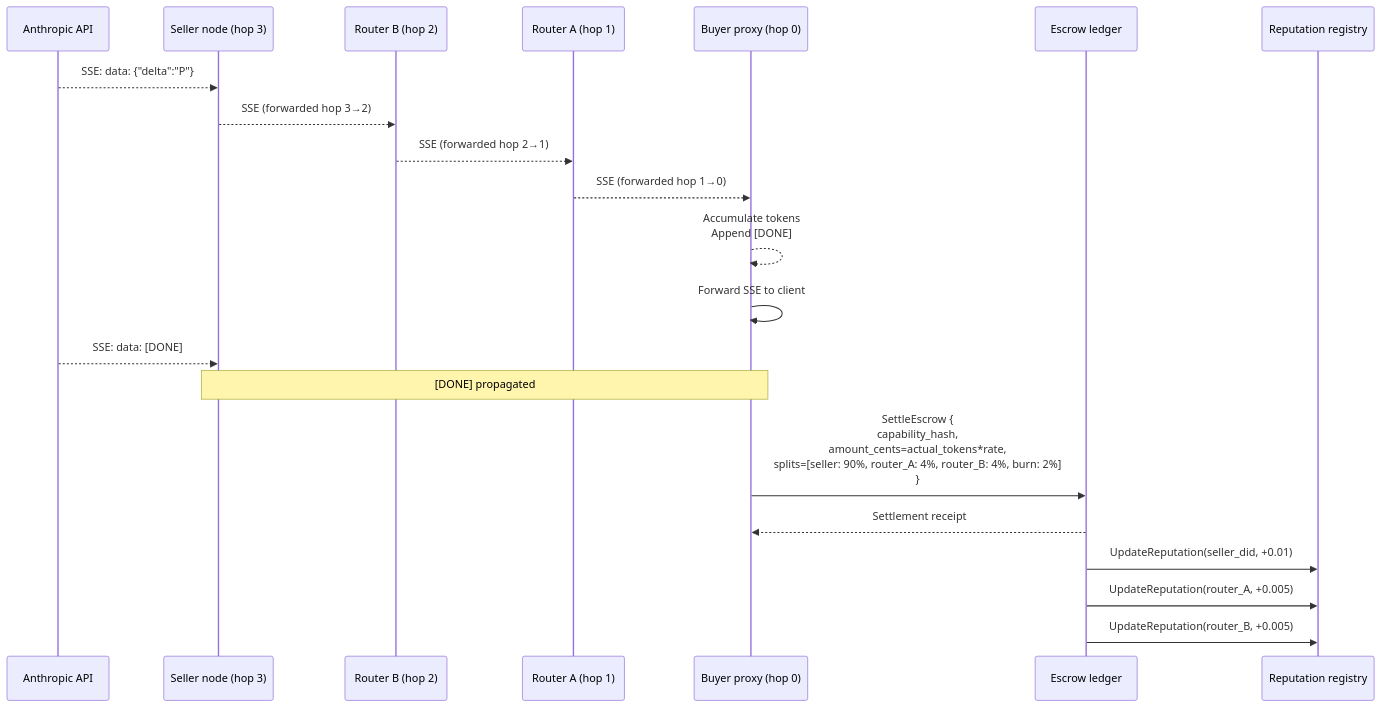
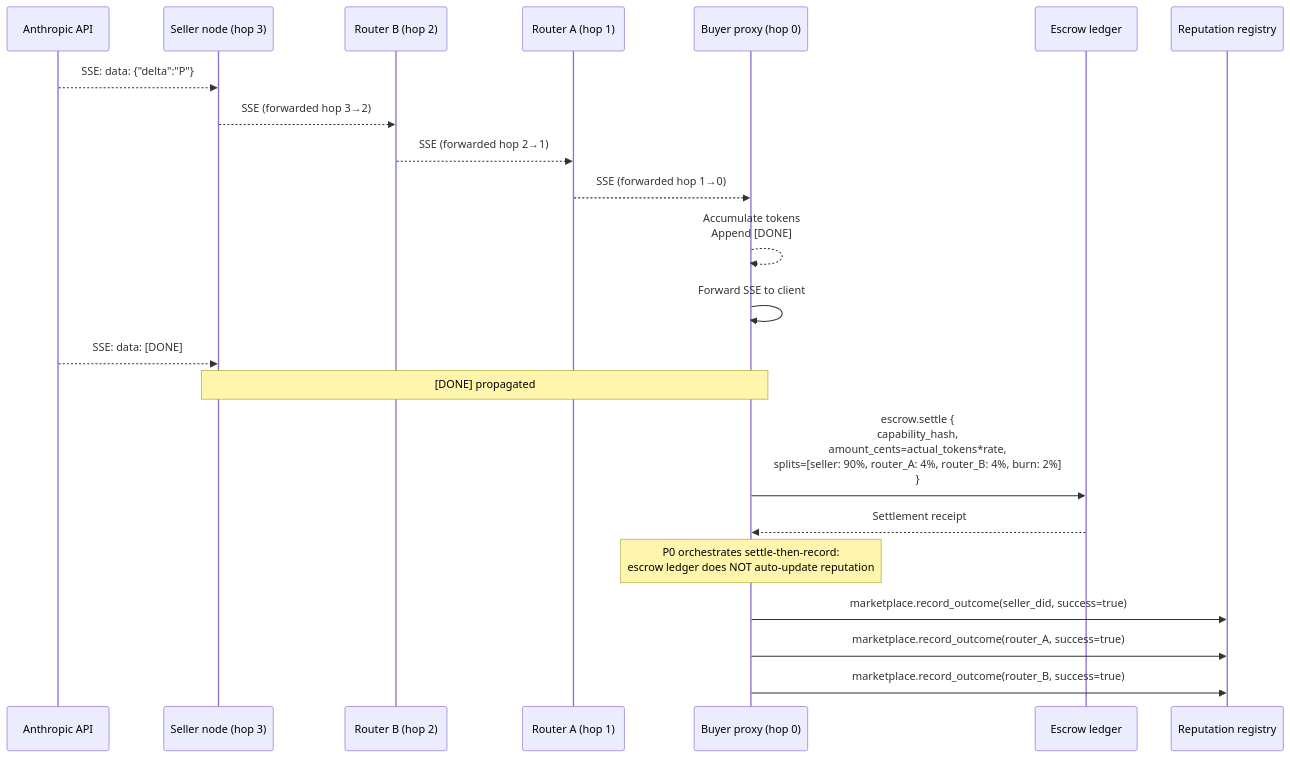
The tenth of 14 diagrams in docs/architecture/end-to-end-scenarios.md (CipherOcto/cipherocto), drawn with Mermaid before and after one commit. The commit also changed other lines of this file, not shown here.

````diff
--- a/docs/architecture/end-to-end-scenarios.md
+++ b/docs/architecture/end-to-end-scenarios.md
@@ -427,26 +432,27 @@
 ```mermaid
 sequenceDiagram
     participant ANT as Anthropic API
     participant SN as Seller node (hop 3)
     participant P2 as Router B (hop 2)
     participant P1 as Router A (hop 1)
     participant P0 as Buyer proxy (hop 0)
     participant E as Escrow ledger
     participant RR as Reputation registry
 
     ANT-->>SN: SSE: data: {"delta":"P"}
     SN-->>P2: SSE (forwarded hop 3→2)
     P2-->>P1: SSE (forwarded hop 2→1)
     P1-->>P0: SSE (forwarded hop 1→0)
     P0-->>P0: Accumulate tokens<br/>Append [DONE]
     P0->>P0: Forward SSE to client
 
     ANT-->>SN: SSE: data: [DONE]
     Note over SN,P0: [DONE] propagated
 
-    P0->>E: SettleEscrow {<br/>  capability_hash,<br/>  amount_cents=actual_tokens*rate,<br/>  splits=[seller: 90%, router_A: 4%, router_B: 4%, burn: 2%]<br/>}
+    P0->>E: escrow.settle {<br/>  capability_hash,<br/>  amount_cents=actual_tokens*rate,<br/>  splits=[seller: 90%, router_A: 4%, router_B: 4%, burn: 2%]<br/>}
     E-->>P0: Settlement receipt
-    E->>RR: UpdateReputation(seller_did, +0.01)
-    E->>RR: UpdateReputation(router_A, +0.005)
-    E->>RR: UpdateReputation(router_B, +0.005)
+    Note over P0: P0 orchestrates settle-then-record:<br/>escrow ledger does NOT auto-update reputation
+    P0->>RR: marketplace.record_outcome(seller_did, success=true)
+    P0->>RR: marketplace.record_outcome(router_A, success=true)
+    P0->>RR: marketplace.record_outcome(router_B, success=true)
 ```
````
